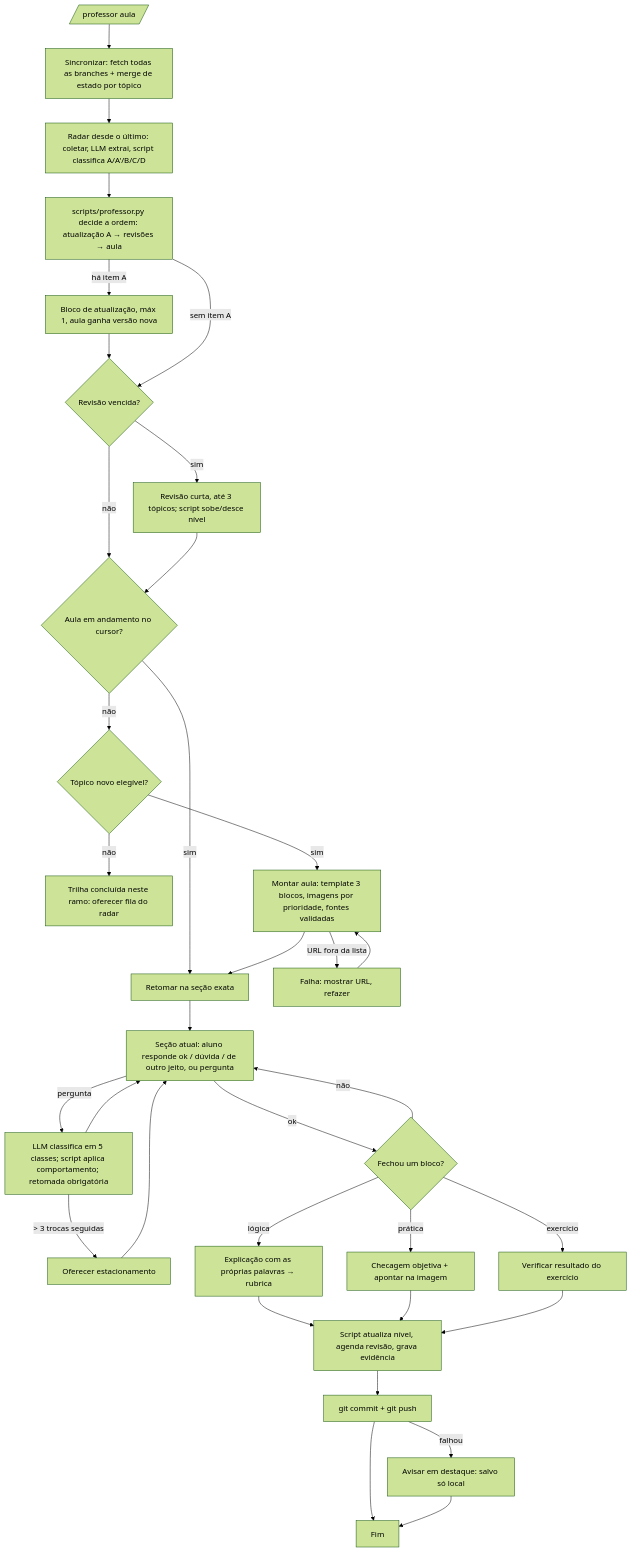
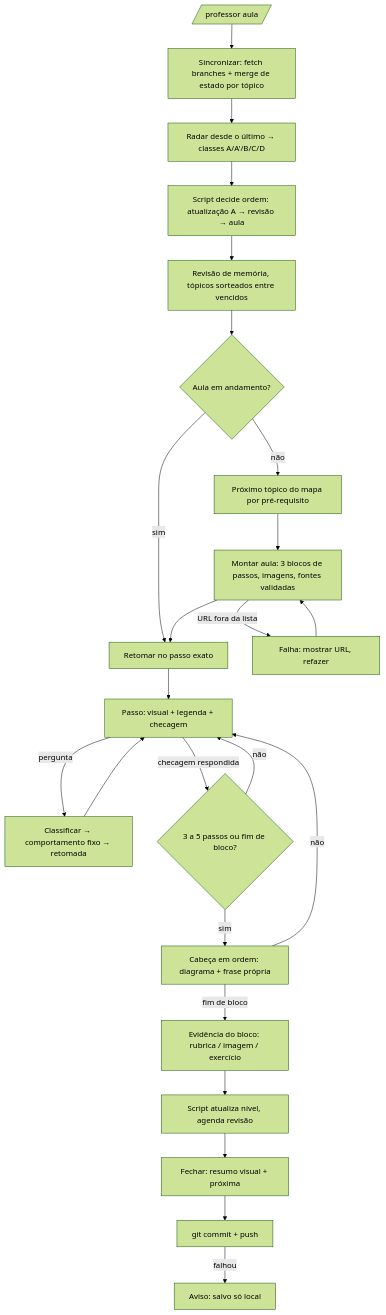
Before and after one commit to rafaxavier2016/metodologia-claude: the second of 2 diagrams in docs/spec_professor_ia.md, drawn with Mermaid (forest theme). The commit also changed other lines of this file, not shown here.

First line of the commit message:
spec v3: desenho reverso a partir dos objetivos, mapa de 4 trilhas, estrutura de ensino por passo

````diff
--- a/docs/spec_professor_ia.md
+++ b/docs/spec_professor_ia.md
@@ -413,36 +306,25 @@
 ```mermaid
 flowchart TD
-    A[/professor aula/] --> B[Sincronizar: fetch todas as branches + merge de estado por tópico]
-    B --> R[Radar desde o último: coletar, LLM extrai, script classifica A/A'/B/C/D]
-    R --> C[scripts/professor.py decide a ordem: atualização A → revisões → aula]
-    C -->|há item A| U[Bloco de atualização, máx 1, aula ganha versão nova]
-    U --> D
-    C -->|sem item A| D{Revisão vencida?}
-    D -->|sim| E[Revisão curta, até 3 tópicos; script sobe/desce nível]
-    D -->|não| F
-    E --> F{Aula em andamento no cursor?}
-    F -->|sim| G[Retomar na seção exata]
-    F -->|não| H{Tópico novo elegível?}
-    H -->|não| I[Trilha concluída neste ramo: oferecer fila do radar]
-    H -->|sim| J[Montar aula: template 3 blocos, imagens por prioridade, fontes validadas]
-    J -->|URL fora da lista| J2[Falha: mostrar URL, refazer]
-    J2 --> J
-    J --> G
-    G --> K[Seção atual: aluno responde ok / dúvida / de outro jeito, ou pergunta]
-    K -->|pergunta| L[LLM classifica em 5 classes; script aplica comportamento; retomada obrigatória]
-    L -->|> 3 trocas seguidas| P[Oferecer estacionamento]
-    P --> K
-    L --> K
-    K -->|ok| M{Fechou um bloco?}
-    M -->|lógica| N1[Explicação com as próprias palavras → rubrica]
-    M -->|prática| N2[Checagem objetiva + apontar na imagem]
-    M -->|exercício| N3[Verificar resultado do exercício]
-    M -->|não| K
-    N1 --> O[Script atualiza nível, agenda revisão, grava evidência]
-    N2 --> O
-    N3 --> O
-    O --> Q[git commit + git push]
-    Q -->|falhou| Q2[Avisar em destaque: salvo só local]
-    Q --> Z[Fim]
-    Q2 --> Z
+    A[/professor aula/] --> B[Sincronizar: fetch branches + merge de estado por tópico]
+    B --> R[Radar desde o último → classes A/A'/B/C/D]
+    R --> C[Script decide ordem: atualização A → revisão → aula]
+    C --> D[Revisão de memória, tópicos sorteados entre vencidos]
+    D --> E{Aula em andamento?}
+    E -->|sim| F[Retomar no passo exato]
+    E -->|não| G[Próximo tópico do mapa por pré-requisito]
+    G --> H[Montar aula: 3 blocos de passos, imagens, fontes validadas]
+    H -->|URL fora da lista| H2[Falha: mostrar URL, refazer] --> H
+    H --> F
+    F --> P[Passo: visual + legenda + checagem]
+    P -->|pergunta| Q[Classificar → comportamento fixo → retomada]
+    Q --> P
+    P -->|checagem respondida| S{3 a 5 passos ou fim de bloco?}
+    S -->|não| P
+    S -->|sim| T[Cabeça em ordem: diagrama + frase própria]
+    T -->|fim de bloco| U[Evidência do bloco: rubrica / imagem / exercício]
+    T -->|não| P
+    U --> V[Script atualiza nível, agenda revisão]
+    V --> W[Fechar: resumo visual + próxima]
+    W --> X[git commit + push]
+    X -->|falhou| X2[Aviso: salvo só local]
 ```
````
